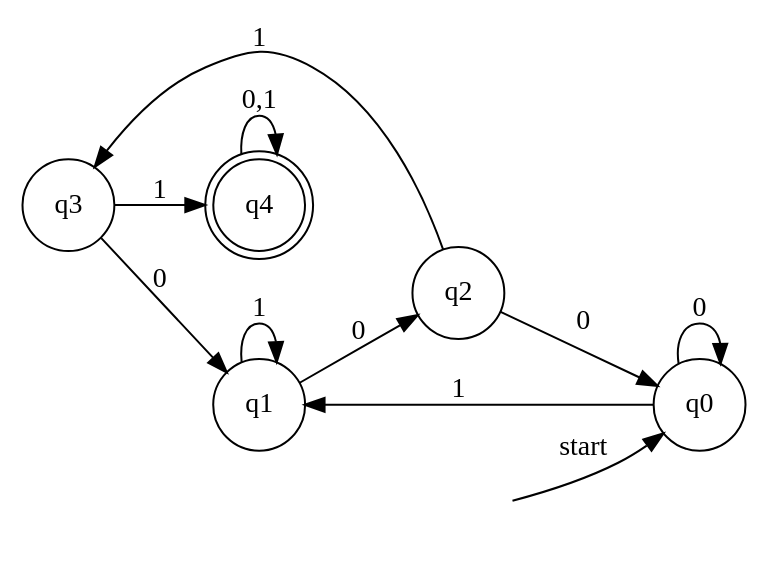
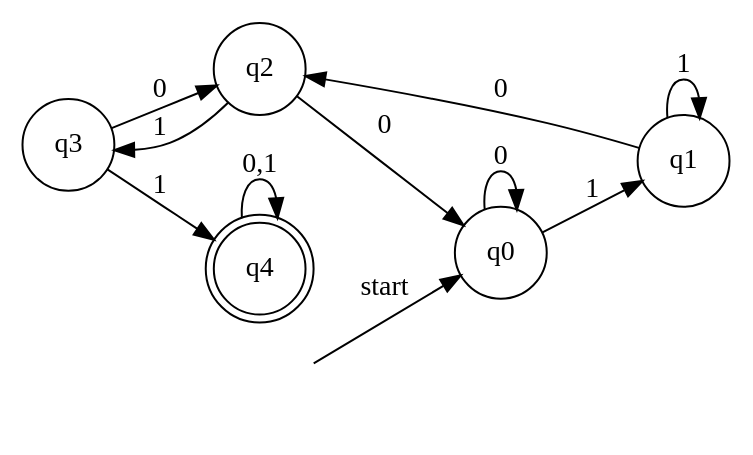
The seventh of 10 diagrams in src/math/formal-language/hw1.md (x06lan/mdbook), drawn with Graphviz before and after one commit. The commit also changed other lines of this file and 3 other files, not shown here.

````diff
--- a/src/math/formal-language/hw1.md
+++ b/src/math/formal-language/hw1.md
@@ -189,22 +185,22 @@
-```graphviz
+```dot process
 digraph finite_state_machine {
     rankdir=LR;
     size="8,5"
 
     node [shape = doublecircle]; q4;
     node [shape=plaintext] s;
     s [label=""];
     node [shape = circle];
     s  -> q0 [ label = "start" ];
     q0 -> q0 [ label = "0" ];
     q0 -> q1 [ label = "1" ];
     q1 -> q1 [ label = "1" ];
     q1 -> q2 [ label = "0" ];
     q2 -> q0 [ label = "0" ];
     q2 -> q3 [ label = "1" ];
-    q3 -> q1 [ label = "0" ];
+    q3 -> q2 [ label = "0" ];
     q3 -> q4 [ label = "1" ];
     q4 -> q4 [ label = "0,1" ];
 
 }
 ```
````
